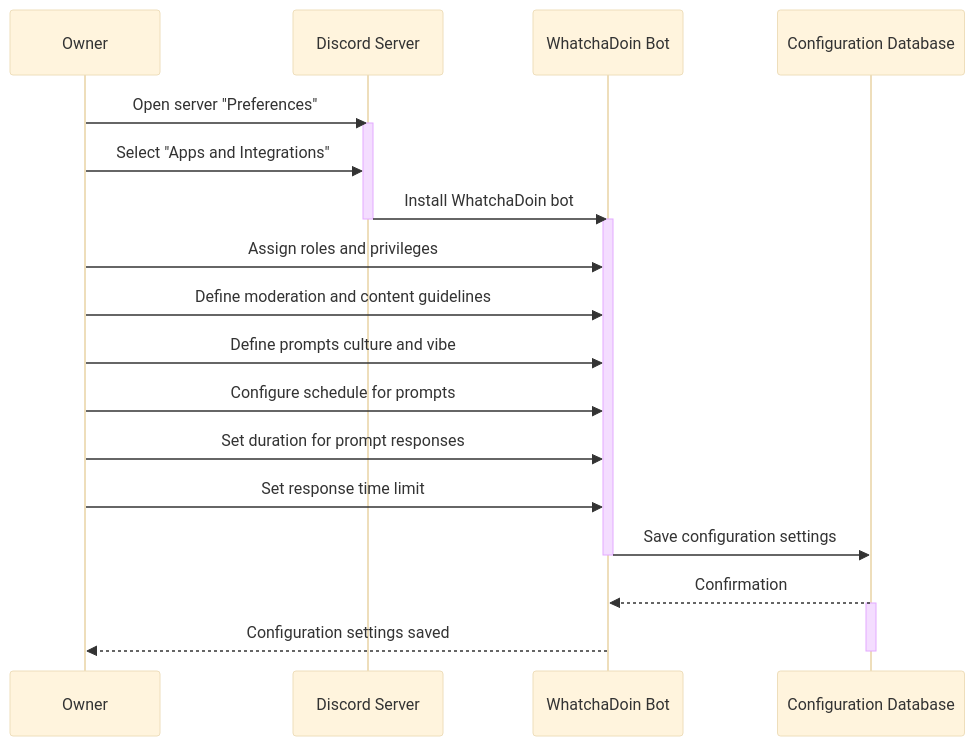
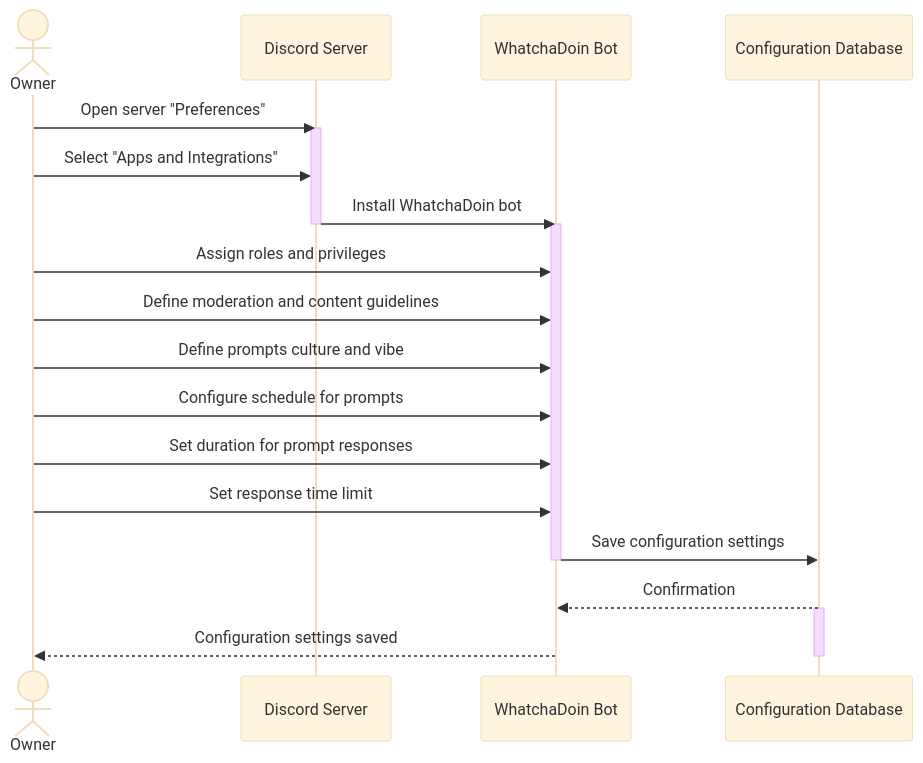
The third of 11 diagrams in documentation/docs/system-architecture/design.md (Capstone-Projects-2023-Fall/project-bereal-meets-slack), drawn with Mermaid (base theme) before and after one commit. The commit also changed other lines of this file, not shown here.

````diff
--- a/documentation/docs/system-architecture/design.md
+++ b/documentation/docs/system-architecture/design.md
@@ -216,28 +216,28 @@
 ```mermaid
 
 sequenceDiagram
-    participant Owner as Owner
+    actor Owner as Owner
     participant Discord as Discord Server
     participant WhatchaDoinBot as WhatchaDoin Bot
     participant Database as Configuration Database
 
     Owner ->> Discord: Open server "Preferences"
     activate Discord
     Owner ->> Discord: Select "Apps and Integrations"
     Discord ->> WhatchaDoinBot: Install WhatchaDoin bot
     deactivate Discord
     activate WhatchaDoinBot
     Owner ->> WhatchaDoinBot: Assign roles and privileges
     Owner ->> WhatchaDoinBot: Define moderation and content guidelines
     Owner ->> WhatchaDoinBot: Define prompts culture and vibe
     Owner ->> WhatchaDoinBot: Configure schedule for prompts
     Owner ->> WhatchaDoinBot: Set duration for prompt responses
     Owner ->> WhatchaDoinBot: Set response time limit
     WhatchaDoinBot ->> Database: Save configuration settings
     deactivate WhatchaDoinBot
     Database -->> WhatchaDoinBot: Confirmation
     activate Database
     WhatchaDoinBot -->> Owner: Configuration settings saved
     deactivate Database
 
 ```
````
